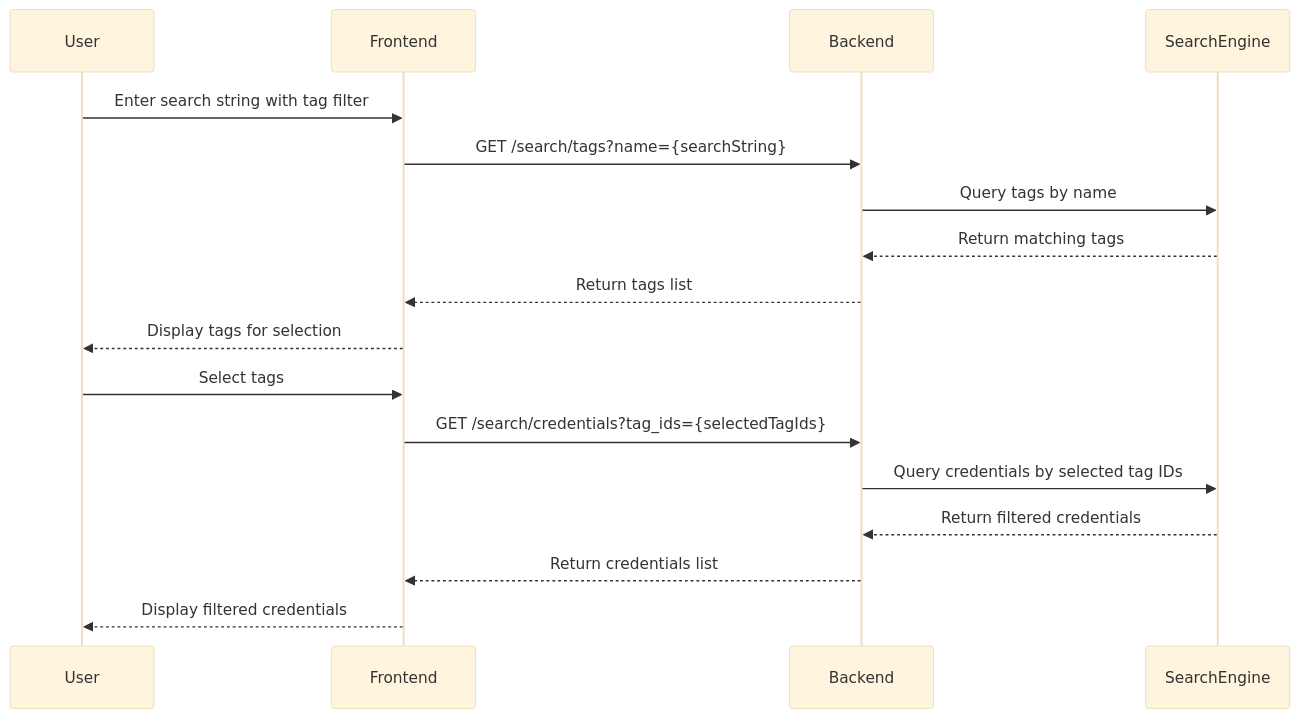
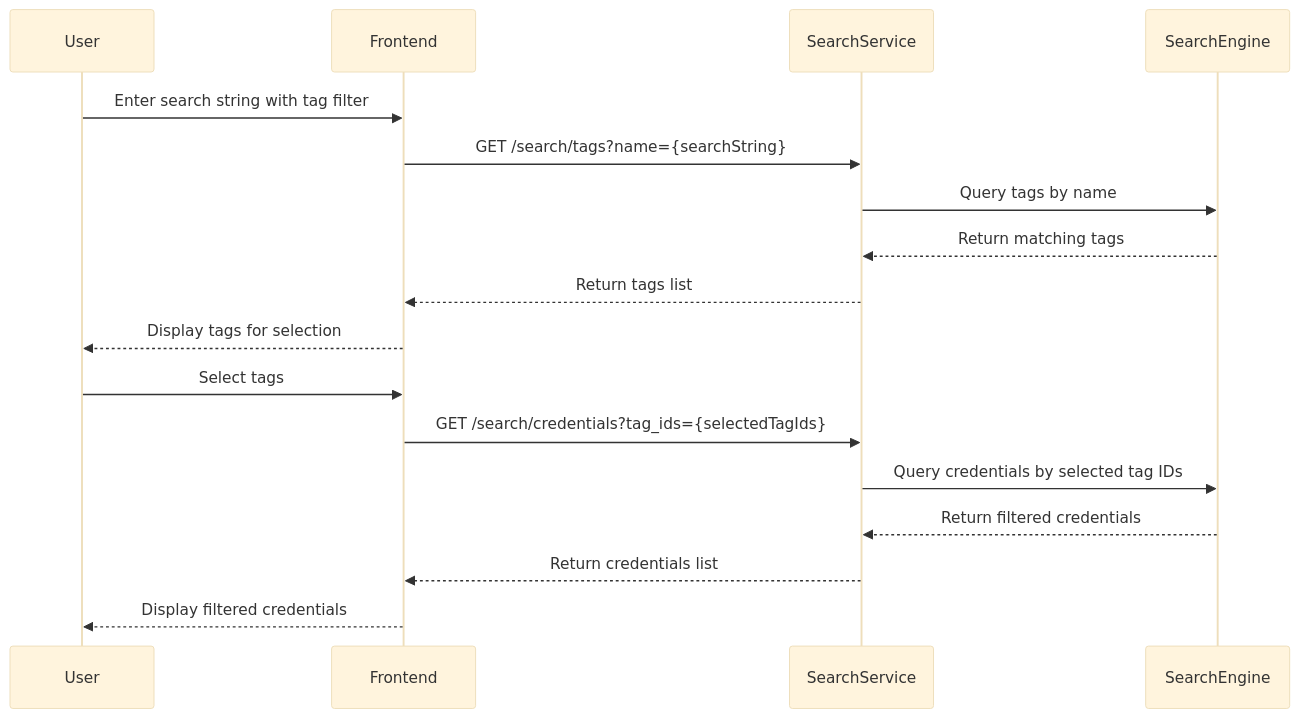
One commit to DO-2K23-26/polypass-archi-technique changed the fifth of 5 diagrams in src/drafts/search.adoc. Above: the diagram before and after it, drawn with Mermaid (base theme). The commit also changed other lines of this file, not shown here.

Commit message:
feat(search): enhance search functionality with tag and folder queries

```diff
--- a/src/drafts/search.adoc
+++ b/src/drafts/search.adoc
@@ -287,21 +327,21 @@
 [mermaid]
 ----
 sequenceDiagram
     participant User
     participant Frontend
-    participant Backend
+    participant SearchService
     participant SearchEngine
 
     User->>Frontend: Enter search string with tag filter
-    Frontend->>Backend: GET /search/tags?name={searchString}
-    Backend->>SearchEngine: Query tags by name
-    SearchEngine-->>Backend: Return matching tags
-    Backend-->>Frontend: Return tags list
+    Frontend->>SearchService: GET /search/tags?name={searchString}
+    SearchService->>SearchEngine: Query tags by name
+    SearchEngine-->>SearchService: Return matching tags
+    SearchService-->>Frontend: Return tags list
     Frontend-->>User: Display tags for selection
     User->>Frontend: Select tags
-    Frontend->>Backend: GET /search/credentials?tag_ids={selectedTagIds}
-    Backend->>SearchEngine: Query credentials by selected tag IDs
-    SearchEngine-->>Backend: Return filtered credentials
-    Backend-->>Frontend: Return credentials list
+    Frontend->>SearchService: GET /search/credentials?tag_ids={selectedTagIds}
+    SearchService->>SearchEngine: Query credentials by selected tag IDs
+    SearchEngine-->>SearchService: Return filtered credentials
+    SearchService-->>Frontend: Return credentials list
     Frontend-->>User: Display filtered credentials
 ----
```
